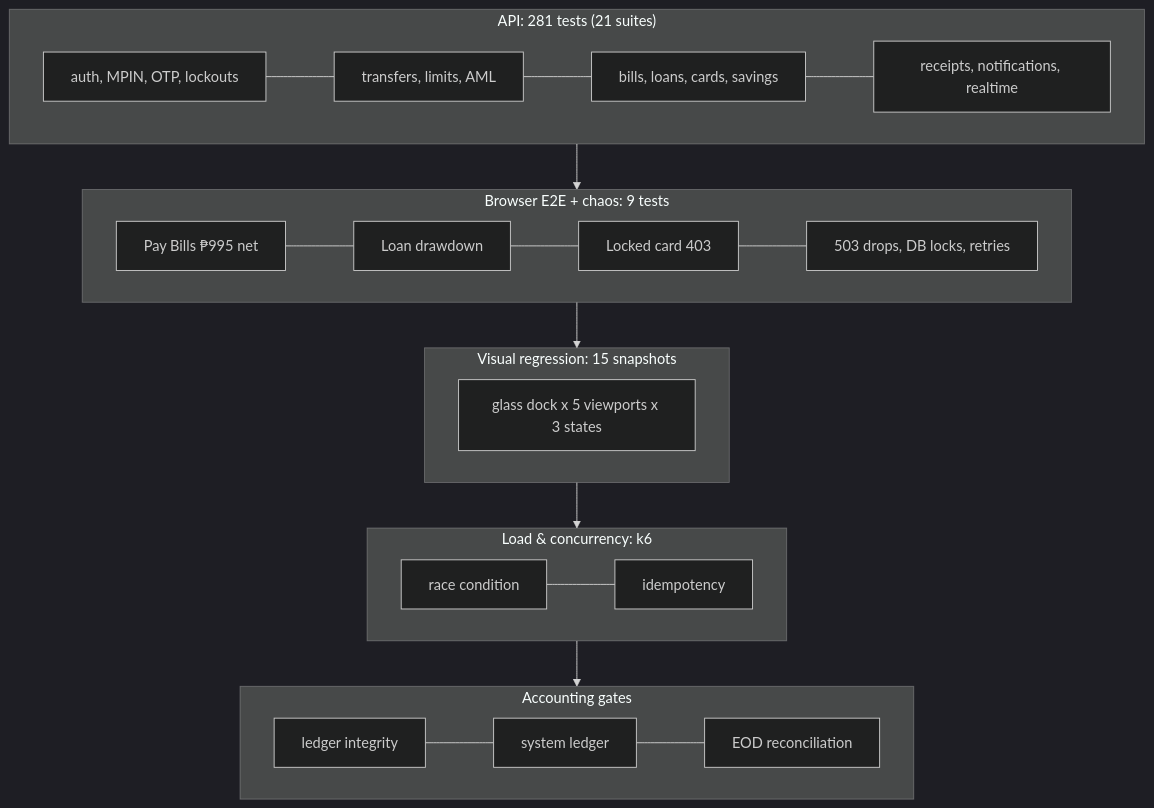
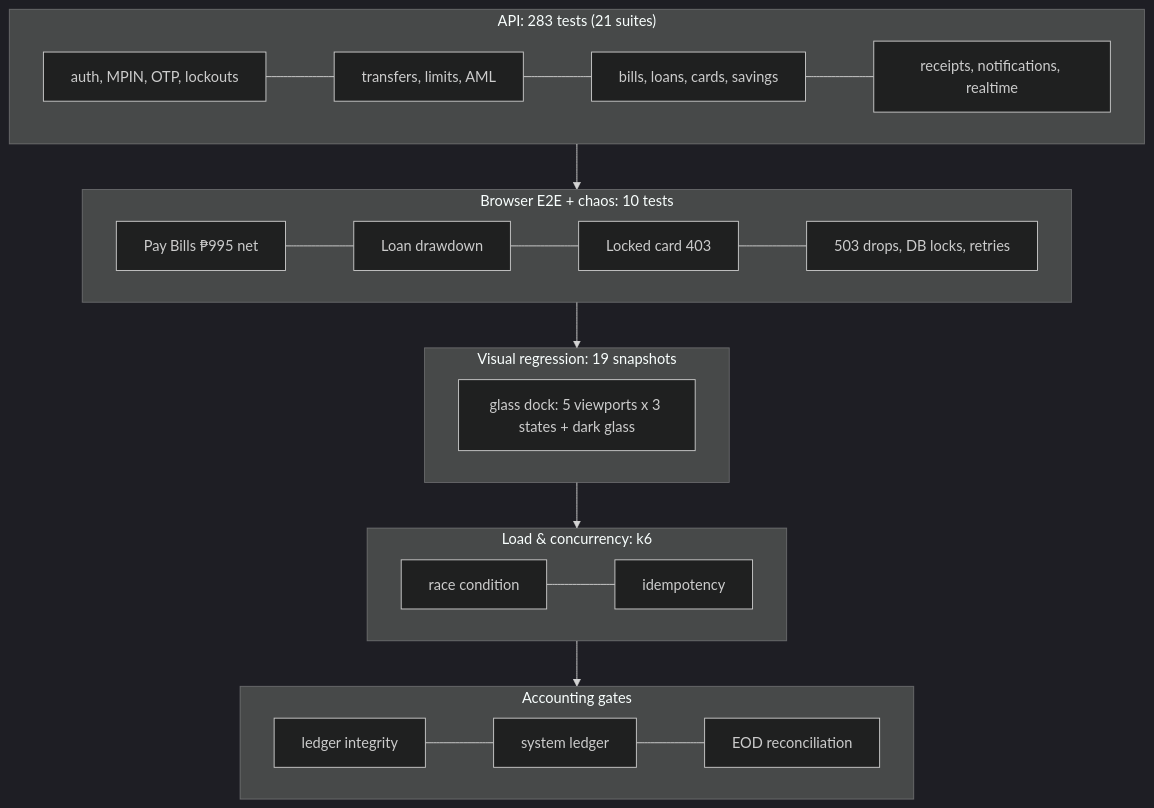
One commit to brylleopada77/PayPulse changed the first of 3 diagrams in README.md. Above: the diagram before and after it, drawn with Mermaid (dark theme). The commit also changed other lines of this file and 59 other files, not shown here.

````diff
--- a/README.md
+++ b/README.md
@@ -41,21 +52,21 @@
 ```mermaid
 flowchart TB
-  subgraph L1["API: 281 tests (21 suites)"]
+  subgraph L1["API: 283 tests (21 suites)"]
     a1[auth, MPIN, OTP, lockouts] --- a2[transfers, limits, AML]
     a2 --- a3[bills, loans, cards, savings]
     a3 --- a4[receipts, notifications, realtime]
   end
-  subgraph L2["Browser E2E + chaos: 9 tests"]
+  subgraph L2["Browser E2E + chaos: 10 tests"]
     b1[Pay Bills ₱995 net] --- b2[Loan drawdown] --- b3[Locked card 403] --- b4[503 drops, DB locks, retries]
   end
-  subgraph L3["Visual regression: 15 snapshots"]
-    v1[glass dock x 5 viewports x 3 states]
+  subgraph L3["Visual regression: 19 snapshots"]
+    v1[glass dock: 5 viewports x 3 states + dark glass]
   end
   subgraph L4["Load & concurrency: k6"]
     k1[race condition] --- k2[idempotency]
   end
   subgraph L5["Accounting gates"]
     g1[ledger integrity] --- g2[system ledger] --- g3[EOD reconciliation]
   end
   L1 --> L2 --> L3 --> L4 --> L5
 ```
````
